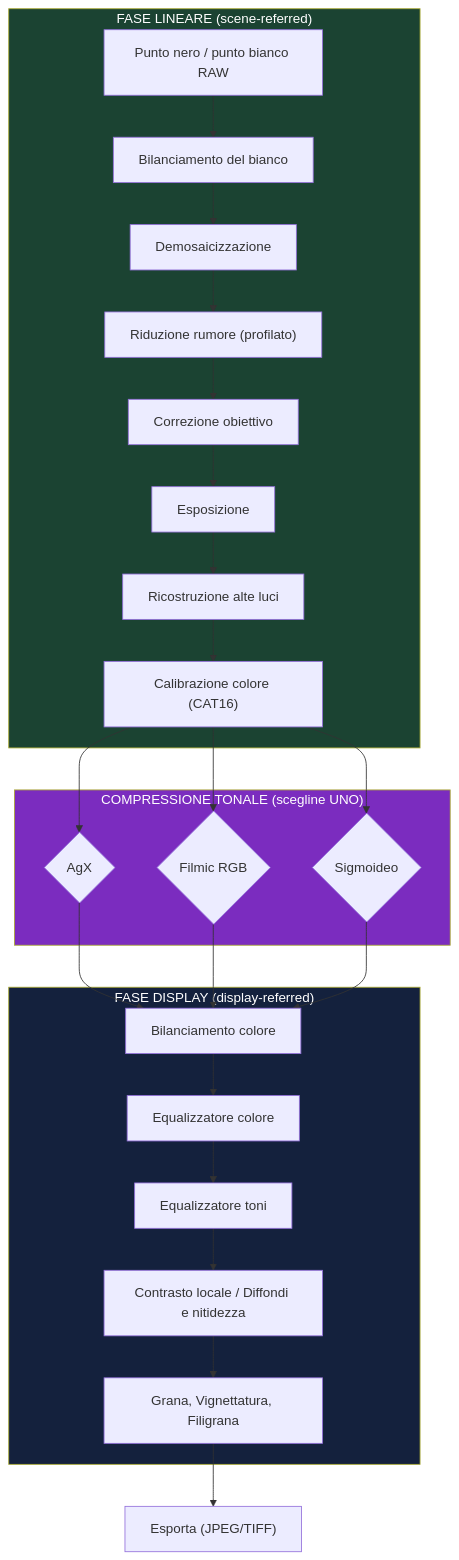
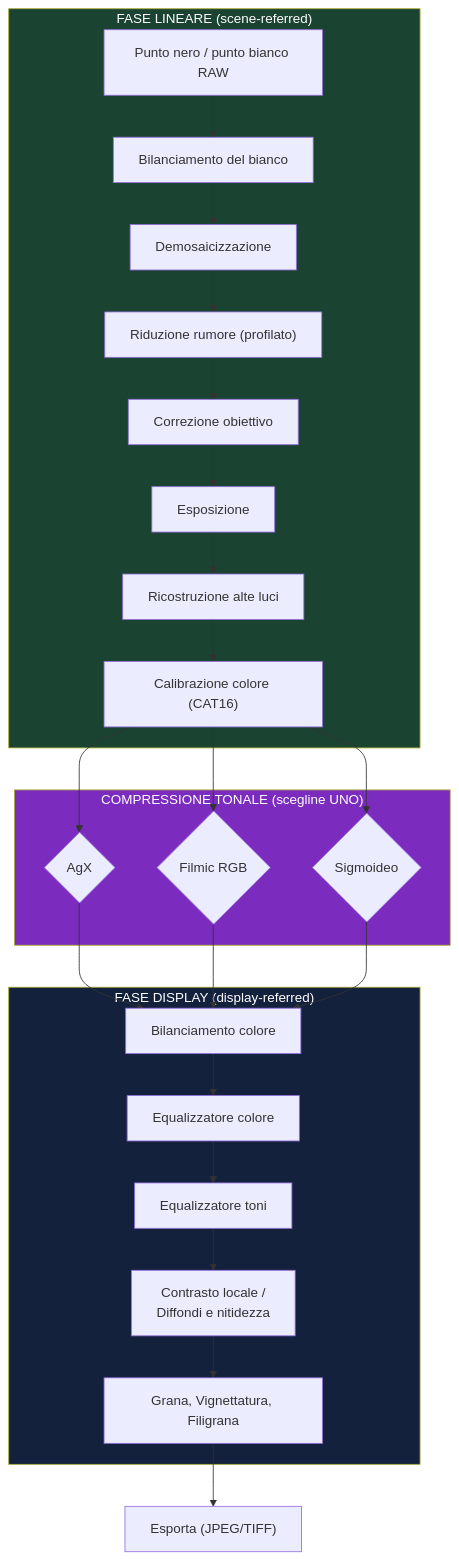
Before and after one commit to lorenzoperone/darktable-docs: the diagram in docs/index.md, drawn with Mermaid. The commit also changed 40 other files, not shown here.

First line of the commit message:
fix: reformatta diagrammi Mermaid — etichette brevi, break line, italiano

````diff
--- a/docs/index.md
+++ b/docs/index.md
@@ -63,32 +63,32 @@
 ```mermaid
 flowchart TD
     subgraph LINEARE["FASE LINEARE (scene-referred)"]
         A["Punto nero / punto bianco RAW"]
         A --> B["Bilanciamento del bianco"]
         B --> C["Demosaicizzazione"]
         C --> D["Riduzione rumore (profilato)"]
         D --> E["Correzione obiettivo"]
         E --> F["Esposizione"]
         F --> G["Ricostruzione alte luci"]
         G --> H["Calibrazione colore (CAT16)"]
     end
     subgraph TONE["COMPRESSIONE TONALE (scegline UNO)"]
         H --> I{"AgX"}
         H --> J{"Filmic RGB"}
         H --> K{"Sigmoideo"}
     end
     subgraph DISPLAY["FASE DISPLAY (display-referred)"]
         I --> L["Bilanciamento colore"]
         J --> L
         K --> L
         L --> M["Equalizzatore colore"]
         M --> N["Equalizzatore toni"]
-        N --> O["Contrasto locale / Diffondi e nitidezza"]
+        N --> O["Contrasto locale /<br/>Diffondi e nitidezza"]
         O --> P["Grana, Vignettatura, Filigrana"]
     end
     P --> Q["Esporta (JPEG/TIFF)"]
 
     style LINEARE fill:#1b4332,color:#fff
     style TONE fill:#7b2cbf,color:#fff
     style DISPLAY fill:#14213d,color:#fff
 ```
````
